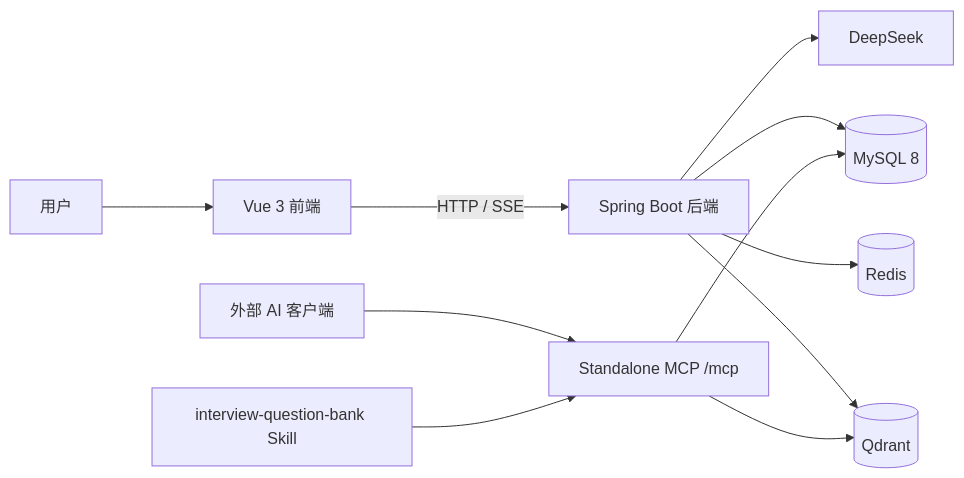
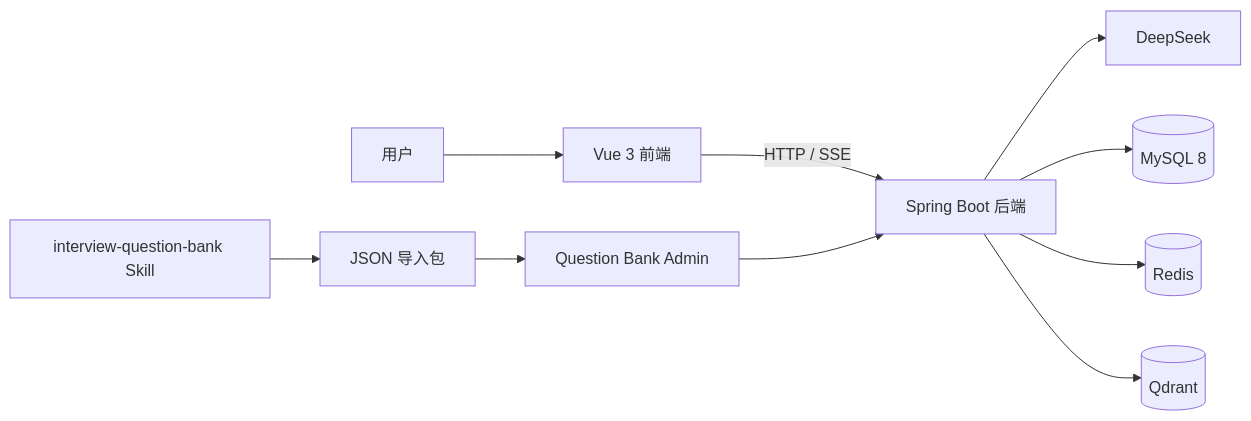
One commit to nzy0510/AI-Interview changed the first of 2 diagrams in README.md. Above: the diagram before and after it, drawn with Mermaid. The commit also changed other lines of this file and 10 other files, not shown here.

````diff
--- a/README.md
+++ b/README.md
@@ -50,13 +49,12 @@
 ```mermaid
 graph LR
     User["用户"] --> Frontend["Vue 3 前端"]
     Frontend -->|"HTTP / SSE"| Backend["Spring Boot 后端"]
     Backend --> LLM["DeepSeek"]
     Backend --> MySQL[("MySQL 8")]
     Backend --> Redis[("Redis")]
     Backend --> Qdrant[("Qdrant")]
-    External["外部 AI 客户端"] --> MCP["Standalone MCP /mcp"]
-    MCP --> MySQL
-    MCP --> Qdrant
-    Skill["interview-question-bank Skill"] --> MCP
+    Skill["interview-question-bank Skill"] --> Package["JSON 导入包"]
+    Package --> Admin["Question Bank Admin"]
+    Admin --> Backend
 ```
````
